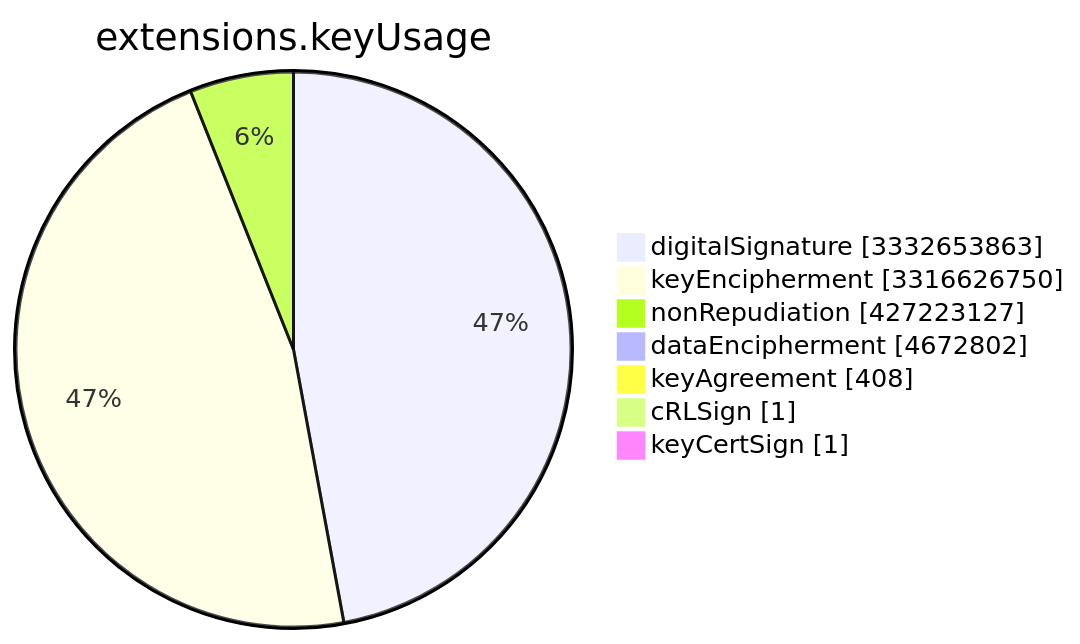
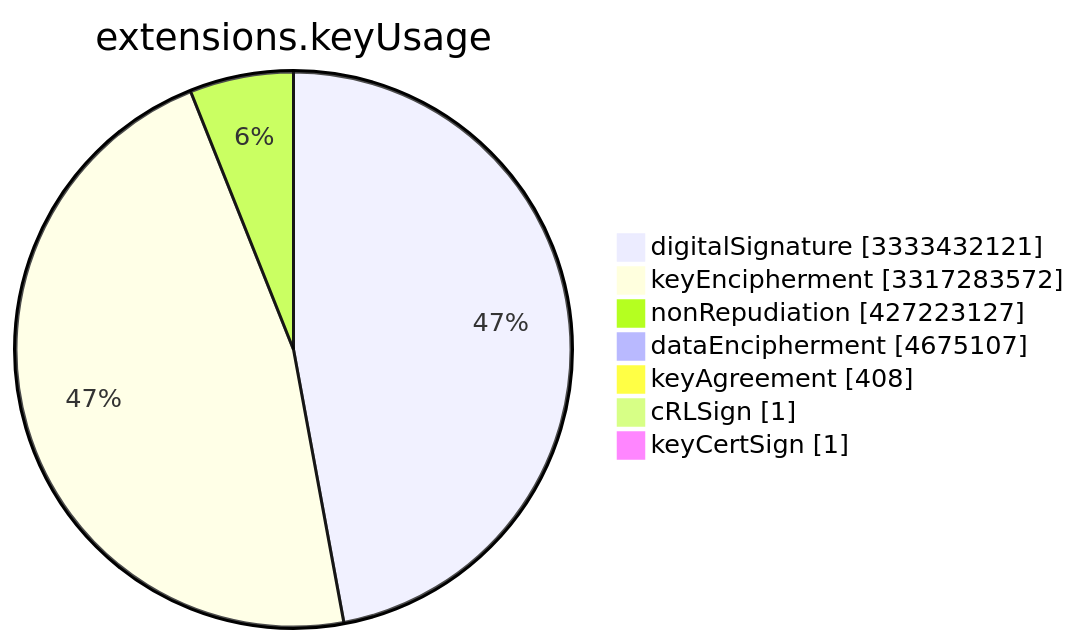
One commit to christiankrug/ctmonitor_visualization changed the sixth of 15 diagrams in TOTAL/README.md. Above: the diagram before and after it, drawn with Mermaid. The commit also changed other lines of this file, not shown here.

````diff
--- a/TOTAL/README.md
+++ b/TOTAL/README.md
@@ -3078,11 +3078,11 @@
 ```mermaid
 pie showData
 title extensions.keyUsage
-"digitalSignature" :3332653863
-"keyEncipherment" :3316626750
+"digitalSignature" :3333432121
+"keyEncipherment" :3317283572
 "nonRepudiation" :427223127
-"dataEncipherment" :4672802
+"dataEncipherment" :4675107
 "keyAgreement" :408
 "cRLSign" :1
 "keyCertSign" :1
 ```
````
